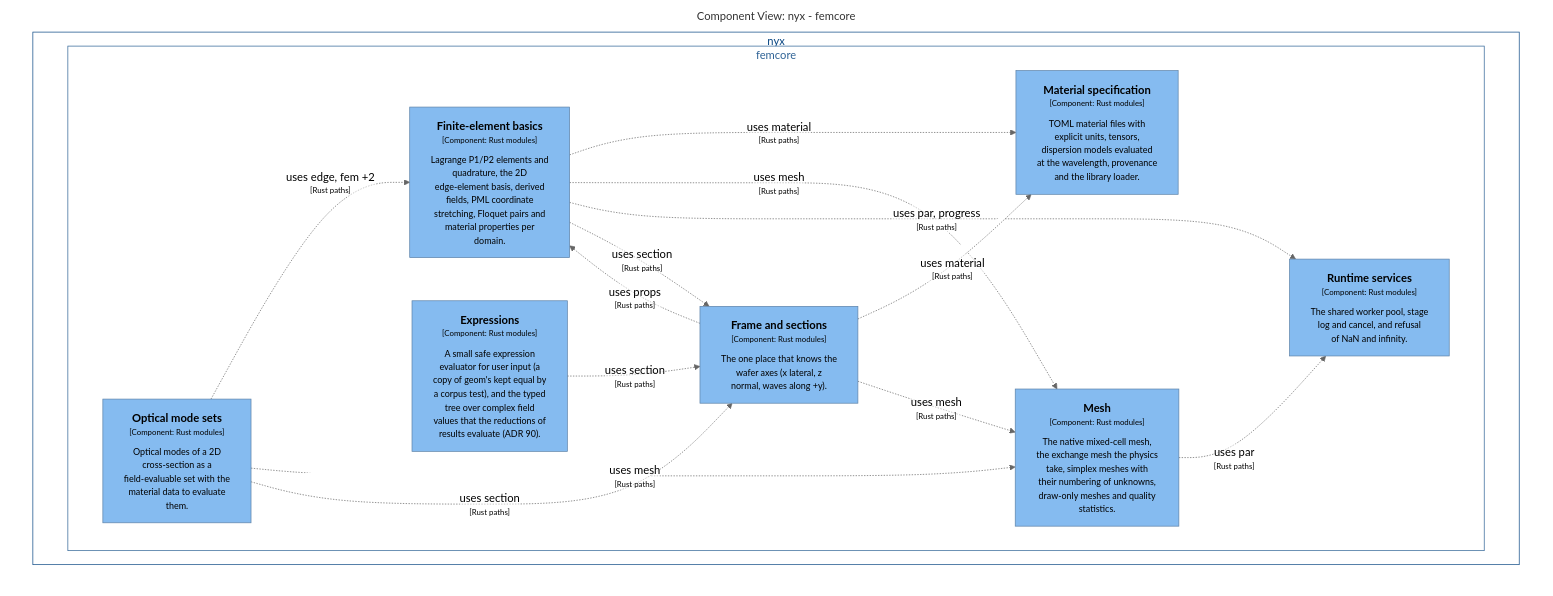
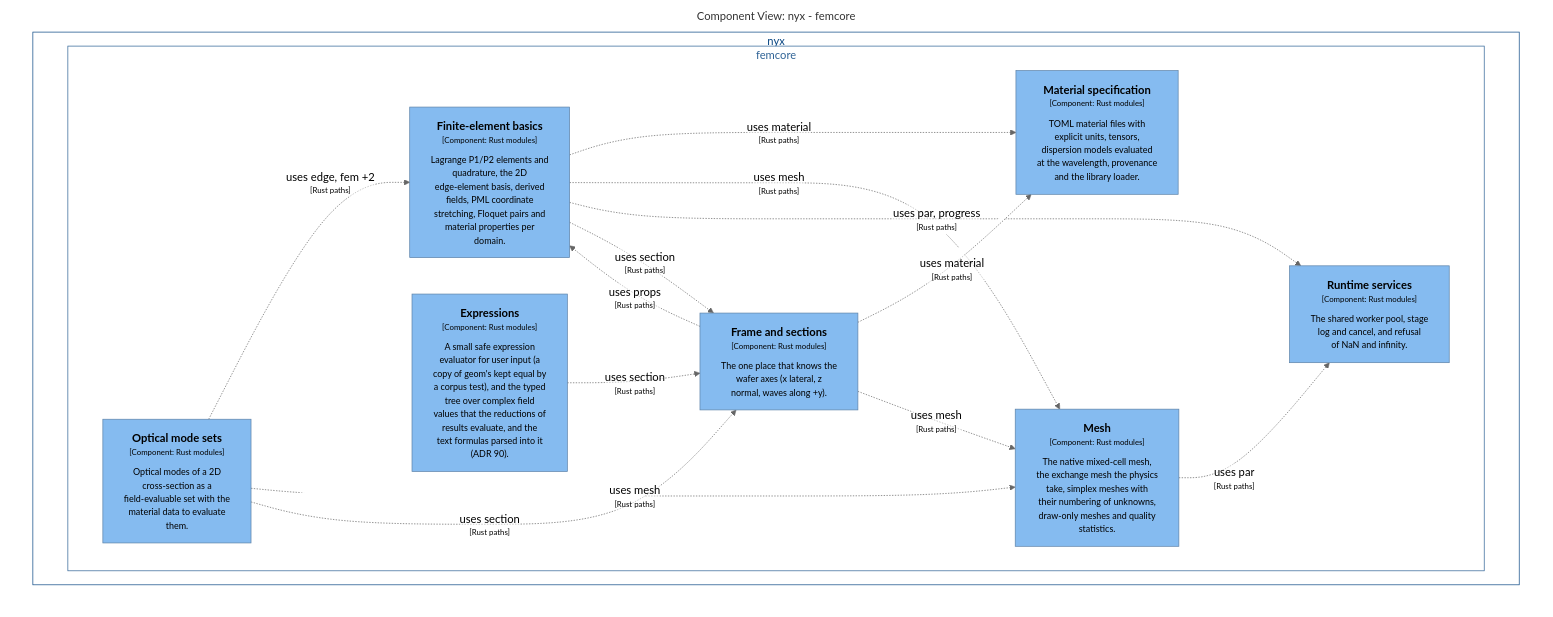
The diagram in docs/architecture/c4/export/mermaid/structurizr-Components_femcore_fem.mmd (p-j-r/nyx), drawn with Mermaid (neutral theme) before and after one commit. The commit also changed 42 other files, not shown here.

```diff
--- a/docs/architecture/c4/export/mermaid/structurizr-Components_femcore_fem.mmd
+++ b/docs/architecture/c4/export/mermaid/structurizr-Components_femcore_fem.mmd
@@ -1,44 +1,44 @@
 graph TB
   linkStyle default fill:#ffffff
 
   subgraph diagram ["Component View: nyx - femcore"]
     style diagram fill:#ffffff,stroke:#ffffff
 
     subgraph 5 ["nyx"]
       style 5 fill:#ffffff,stroke:#0b4884,color:#0b4884
 
       subgraph 82 ["femcore"]
         style 82 fill:#ffffff,stroke:#2e6295,color:#2e6295
 
         101["<div style='font-weight: bold'>Finite-element basics</div><div style='font-size: 70%; margin-top: 0px'>[Component: Rust modules]</div><div style='font-size: 80%; margin-top:10px'>Lagrange P1/P2 elements and<br />quadrature, the 2D<br />edge-element basis, derived<br />fields, PML coordinate<br />stretching, Floquet pairs and<br />material properties per<br />domain.</div>"]
         style 101 fill:#85bbf0,stroke:#5d82a8,color:#000000
         102["<div style='font-weight: bold'>Material specification</div><div style='font-size: 70%; margin-top: 0px'>[Component: Rust modules]</div><div style='font-size: 80%; margin-top:10px'>TOML material files with<br />explicit units, tensors,<br />dispersion models evaluated<br />at the wavelength, provenance<br />and the library loader.</div>"]
         style 102 fill:#85bbf0,stroke:#5d82a8,color:#000000
         103["<div style='font-weight: bold'>Optical mode sets</div><div style='font-size: 70%; margin-top: 0px'>[Component: Rust modules]</div><div style='font-size: 80%; margin-top:10px'>Optical modes of a 2D<br />cross-section as a<br />field-evaluable set with the<br />material data to evaluate<br />them.</div>"]
         style 103 fill:#85bbf0,stroke:#5d82a8,color:#000000
         104["<div style='font-weight: bold'>Frame and sections</div><div style='font-size: 70%; margin-top: 0px'>[Component: Rust modules]</div><div style='font-size: 80%; margin-top:10px'>The one place that knows the<br />wafer axes (x lateral, z<br />normal, waves along +y).</div>"]
         style 104 fill:#85bbf0,stroke:#5d82a8,color:#000000
-        105["<div style='font-weight: bold'>Expressions</div><div style='font-size: 70%; margin-top: 0px'>[Component: Rust modules]</div><div style='font-size: 80%; margin-top:10px'>A small safe expression<br />evaluator for user input (a<br />copy of geom's kept equal by<br />a corpus test), and the typed<br />tree over complex field<br />values that the reductions of<br />results evaluate (ADR 90).</div>"]
+        105["<div style='font-weight: bold'>Expressions</div><div style='font-size: 70%; margin-top: 0px'>[Component: Rust modules]</div><div style='font-size: 80%; margin-top:10px'>A small safe expression<br />evaluator for user input (a<br />copy of geom's kept equal by<br />a corpus test), and the typed<br />tree over complex field<br />values that the reductions of<br />results evaluate, and the<br />text formulas parsed into it<br />(ADR 90).</div>"]
         style 105 fill:#85bbf0,stroke:#5d82a8,color:#000000
         106["<div style='font-weight: bold'>Runtime services</div><div style='font-size: 70%; margin-top: 0px'>[Component: Rust modules]</div><div style='font-size: 80%; margin-top:10px'>The shared worker pool, stage<br />log and cancel, and refusal<br />of NaN and infinity.</div>"]
         style 106 fill:#85bbf0,stroke:#5d82a8,color:#000000
         83["<div style='font-weight: bold'>Mesh</div><div style='font-size: 70%; margin-top: 0px'>[Component: Rust modules]</div><div style='font-size: 80%; margin-top:10px'>The native mixed-cell mesh,<br />the exchange mesh the physics<br />take, simplex meshes with<br />their numbering of unknowns,<br />draw-only meshes and quality<br />statistics.</div>"]
         style 83 fill:#85bbf0,stroke:#5d82a8,color:#000000
       end
 
     end
 
     105-. "<div>uses section</div><div style='font-size: 70%'>[Rust paths]</div>" .->104
     101-. "<div>uses material</div><div style='font-size: 70%'>[Rust paths]</div>" .->102
     101-. "<div>uses mesh</div><div style='font-size: 70%'>[Rust paths]</div>" .->83
     101-. "<div>uses par, progress</div><div style='font-size: 70%'>[Rust paths]</div>" .->106
     101-. "<div>uses section</div><div style='font-size: 70%'>[Rust paths]</div>" .->104
     83-. "<div>uses par</div><div style='font-size: 70%'>[Rust paths]</div>" .->106
     103-. "<div>uses edge, fem +2</div><div style='font-size: 70%'>[Rust paths]</div>" .->101
     103-. "<div>uses mesh</div><div style='font-size: 70%'>[Rust paths]</div>" .->83
     103-. "<div>uses section</div><div style='font-size: 70%'>[Rust paths]</div>" .->104
     104-. "<div>uses props</div><div style='font-size: 70%'>[Rust paths]</div>" .->101
     104-. "<div>uses material</div><div style='font-size: 70%'>[Rust paths]</div>" .->102
     104-. "<div>uses mesh</div><div style='font-size: 70%'>[Rust paths]</div>" .->83
 
   end
```
